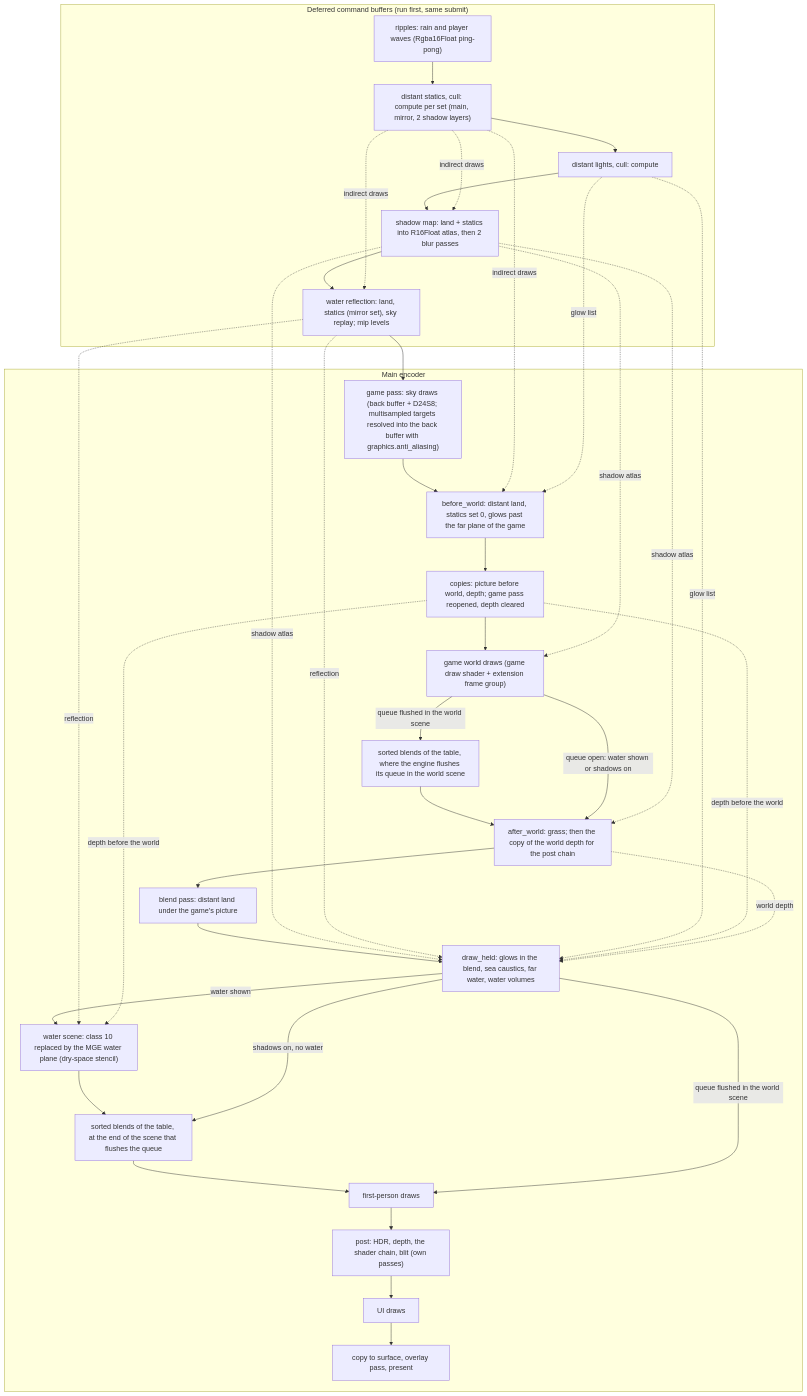
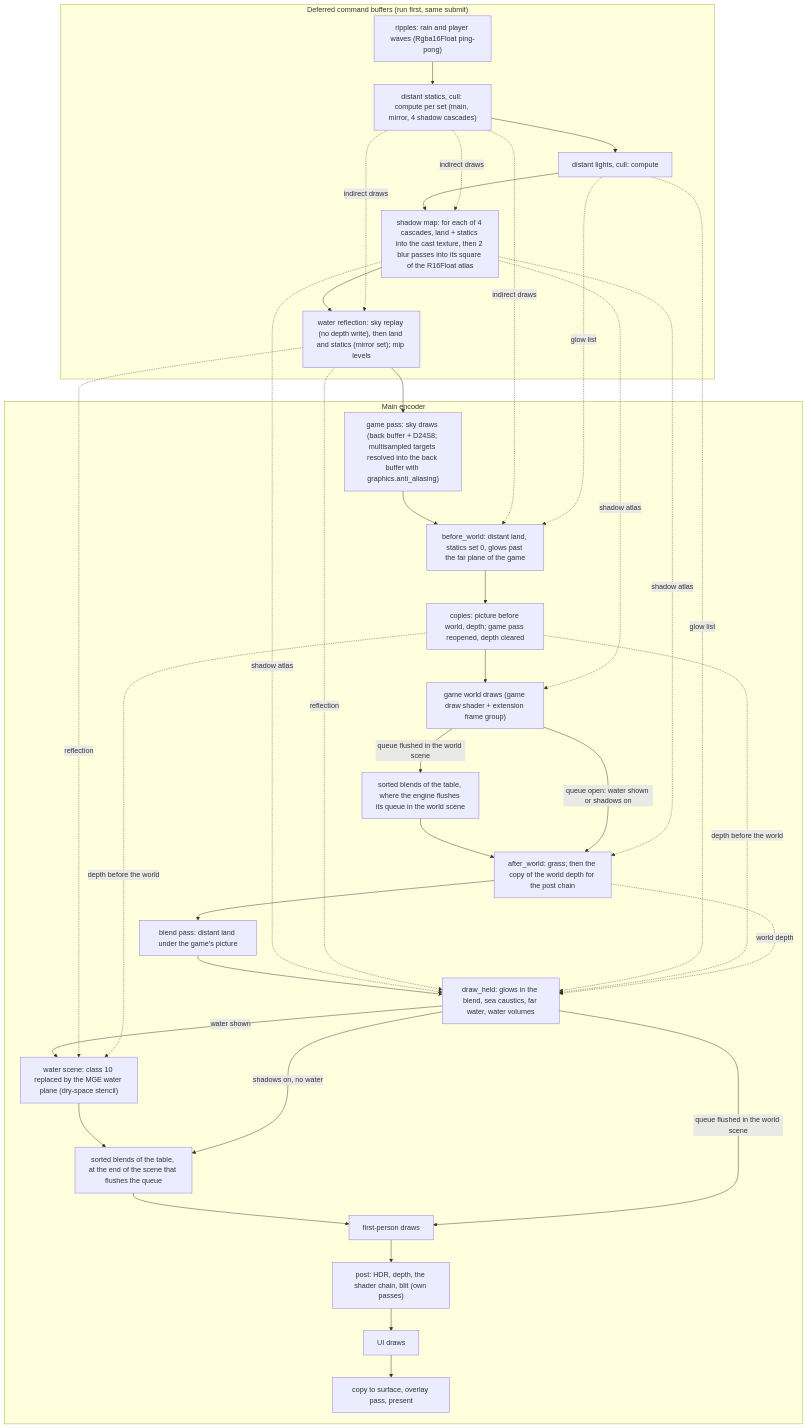
Before and after one commit to StormAtronach/MGE-XE-G7: the diagram in docs/architecture/wgpu-renderer.md, drawn with Mermaid. The commit also changed other lines of this file and 1 other file, not shown here.

First line of the commit message:
Docs: four shadow cascades, the far casters' level, the mirror order

````diff
--- a/docs/architecture/wgpu-renderer.md
+++ b/docs/architecture/wgpu-renderer.md
@@ -169,48 +169,48 @@
 ```mermaid
 flowchart TD
     subgraph deferred["Deferred command buffers (run first, same submit)"]
         R["ripples: rain and player waves (Rgba16Float ping-pong)"]
-        C["distant statics, cull: compute per set (main, mirror, 2 shadow layers)"]
+        C["distant statics, cull: compute per set (main, mirror, 4 shadow cascades)"]
         L["distant lights, cull: compute"]
-        S["shadow map: land + statics into R16Float atlas, then 2 blur passes"]
-        W["water reflection: land, statics (mirror set), sky replay; mip levels"]
+        S["shadow map: for each of 4 cascades, land + statics into the cast texture, then 2 blur passes into its square of the R16Float atlas"]
+        W["water reflection: sky replay (no depth write), then land and statics (mirror set); mip levels"]
     end
     subgraph main["Main encoder"]
         P0["game pass: sky draws (back buffer + D24S8; multisampled targets resolved into the back buffer with graphics.anti_aliasing)"]
         P1["before_world: distant land, statics set 0, glows past the far plane of the game"]
         P2["copies: picture before world, depth; game pass reopened, depth cleared"]
         P3["game world draws (game draw shader + extension frame group)"]
         P4["sorted blends of the table, where the engine flushes its queue in the world scene"]
         P5["after_world: grass; then the copy of the world depth for the post chain"]
         P6["blend pass: distant land under the game's picture"]
         P7["draw_held: glows in the blend, sea caustics, far water, water volumes"]
         P8["water scene: class 10 replaced by the MGE water plane (dry-space stencil)"]
         P9["sorted blends of the table, at the end of the scene that flushes the queue"]
         P10["first-person draws"]
         P11["post: HDR, depth, the shader chain, blit (own passes)"]
         P12["UI draws"]
         P13["copy to surface, overlay pass, present"]
     end
     R --> C --> L --> S --> W --> P0
     P0 --> P1 --> P2 --> P3
     P3 -- "queue flushed in the world scene" --> P4 --> P5
     P3 -- "queue open: water shown or shadows on" --> P5
     P5 --> P6 --> P7
     P7 -- "water shown" --> P8 --> P9 --> P10
     P7 -- "shadows on, no water" --> P9
     P7 -- "queue flushed in the world scene" --> P10
     P10 --> P11 --> P12 --> P13
     S -. shadow atlas .-> P3
     S -. shadow atlas .-> P5
     S -. shadow atlas .-> P7
     W -. reflection .-> P7
     W -. reflection .-> P8
     C -. indirect draws .-> P1
     C -. indirect draws .-> W
     C -. indirect draws .-> S
     L -. glow list .-> P1
     L -. glow list .-> P7
     P2 -. depth before the world .-> P7
     P2 -. depth before the world .-> P8
     P5 -. world depth .-> P7
 ```
````
